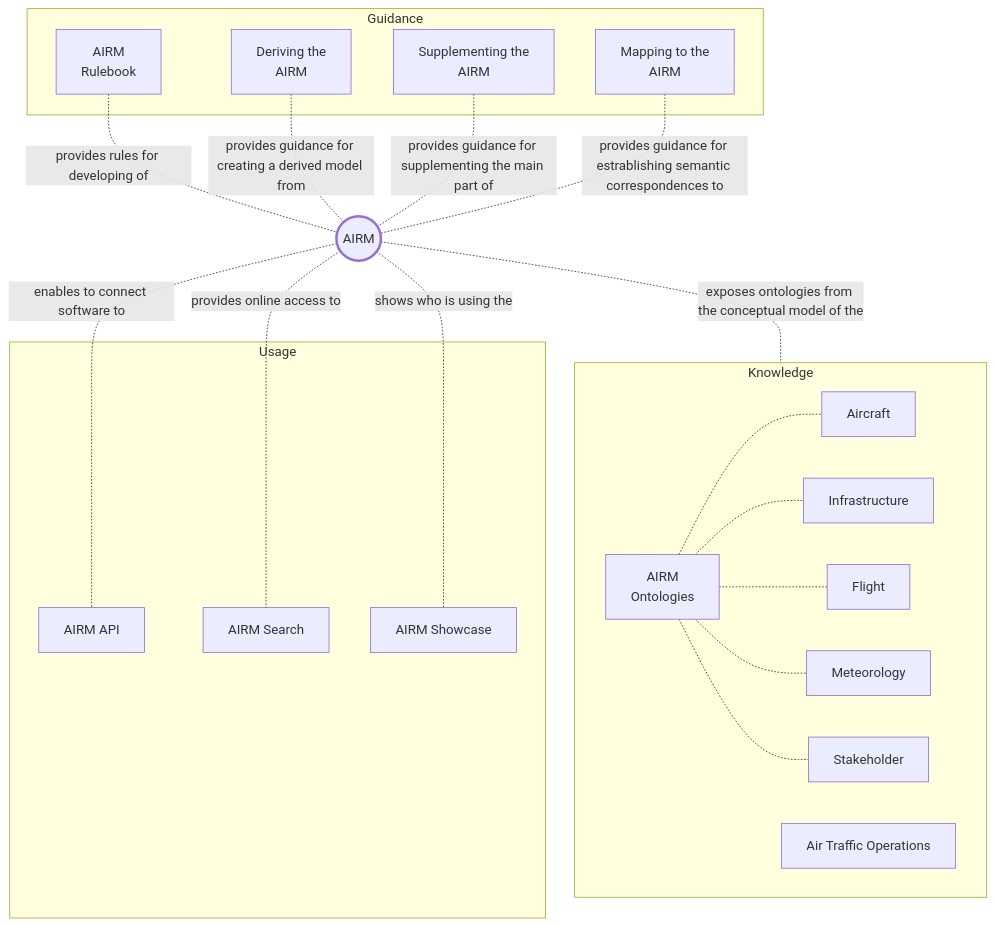
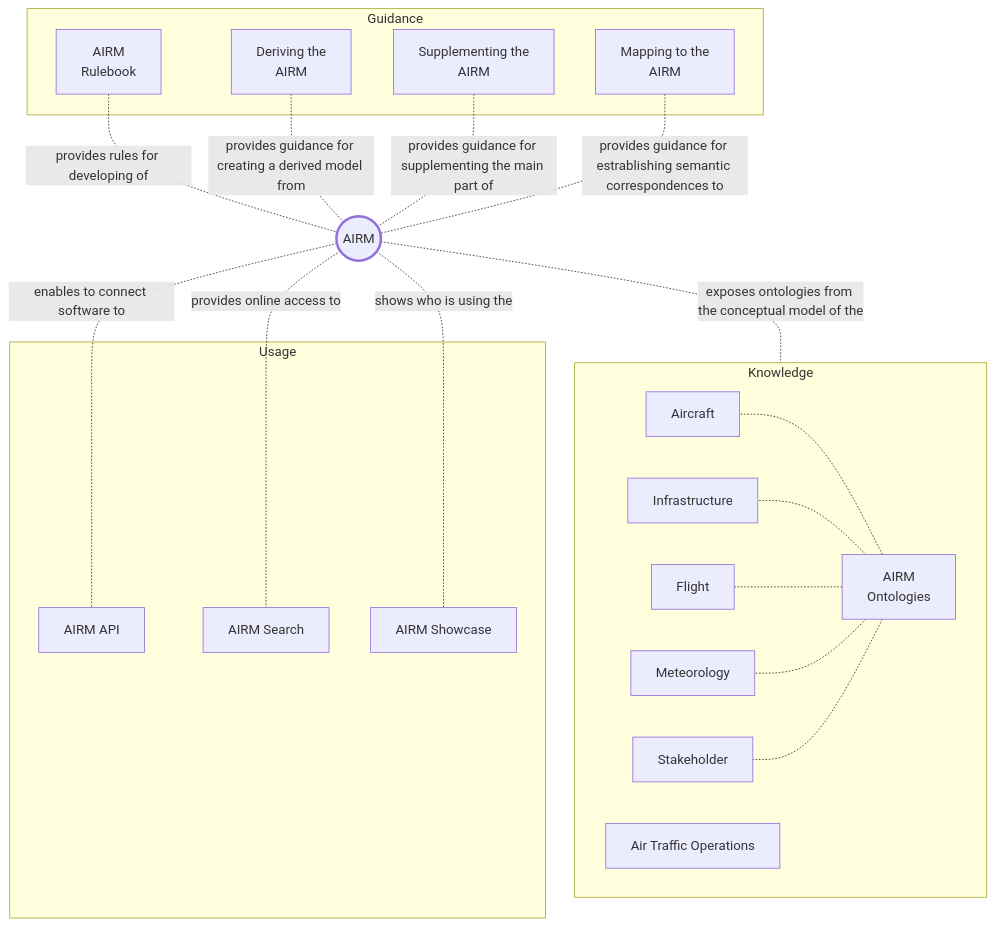
The first of 3 diagrams in docs/home.md (airm-ccb/airm-user-manual-1.3.0-testing), drawn with Mermaid before and after one commit.

````diff
--- a/docs/home.md
+++ b/docs/home.md
@@ -7,47 +7,47 @@
 ```mermaid
 flowchart  TD
 
 AIRM((AIRM))
 
 subgraph Guidance
 AIRM_RULEBOOK[AIRM<br>Rulebook]
 DERIVE_AIRM[Deriving the<br>AIRM]
 SUPPLEMENT_AIRM[Supplementing the<br>AIRM]
 MAP_TO_AIRM[Mapping to the<br>AIRM]
 end
 
 AIRM_RULEBOOK-. provides rules for developing of .- AIRM
 DERIVE_AIRM-. provides guidance for creating a derived model from .-AIRM
 SUPPLEMENT_AIRM-. provides guidance for supplementing the main part of .-AIRM
 MAP_TO_AIRM-. provides guidance for estrablishing semantic correspondences to .-AIRM
 
 subgraph Knowledge
-  direction LR
+  direction RL
   AIRM_ONTOLOGIES[AIRM<br>Ontologies]
   ONTOLOGY_AIRCRAFT[Aircraft]
   ONTOLOGY_INFRASTRUCTURE[Infrastructure]
   ONTOLOGY_ATO[Air Traffic Operations]
   ONTOLOGY_FLIGHT[Flight]
   ONTOLOGY_METEO[Meteorology]
   ONTOLOGY_STAKEHOLDER[Stakeholder]
   AIRM_ONTOLOGIES-.-ONTOLOGY_AIRCRAFT
   AIRM_ONTOLOGIES-.-ONTOLOGY_INFRASTRUCTURE
   AIRM_ONTOLOGIES-.-ONTOLOGY_FLIGHT
   AIRM_ONTOLOGIES-.-ONTOLOGY_METEO
   AIRM_ONTOLOGIES-.-ONTOLOGY_STAKEHOLDER
 end
 
 AIRM-. exposes ontologies from the conceptual model of the .-AIRM_ONTOLOGIES
 
 subgraph Usage
 AIRM_API[AIRM API]
 AIRM_SEARCH[AIRM Search]
 AIRM_SHOWCASE[AIRM Showcase]
 end
 
 AIRM -. enables to connect software to .- AIRM_API
 AIRM -. provides online access to .- AIRM_SEARCH
 AIRM -. shows who is using the .- AIRM_SHOWCASE
 
 style AIRM stroke-width:3px
 ```
````
